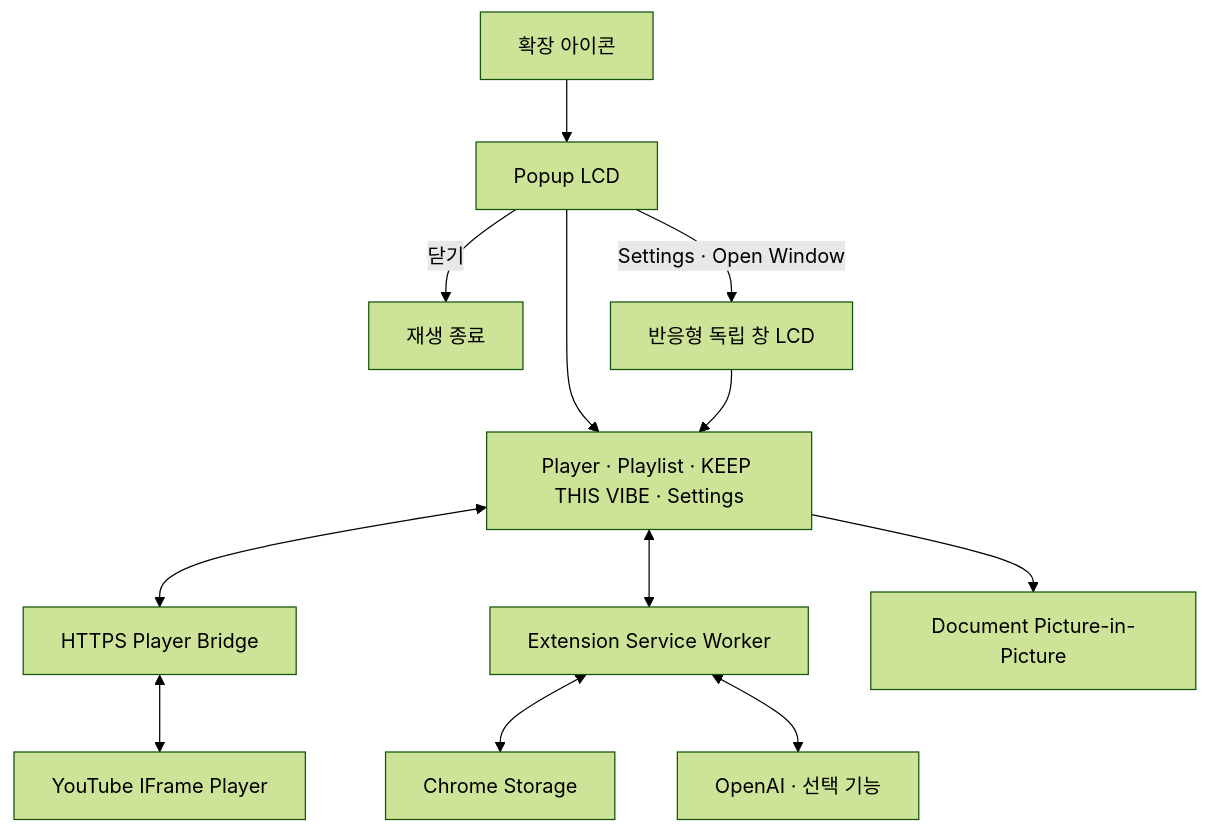
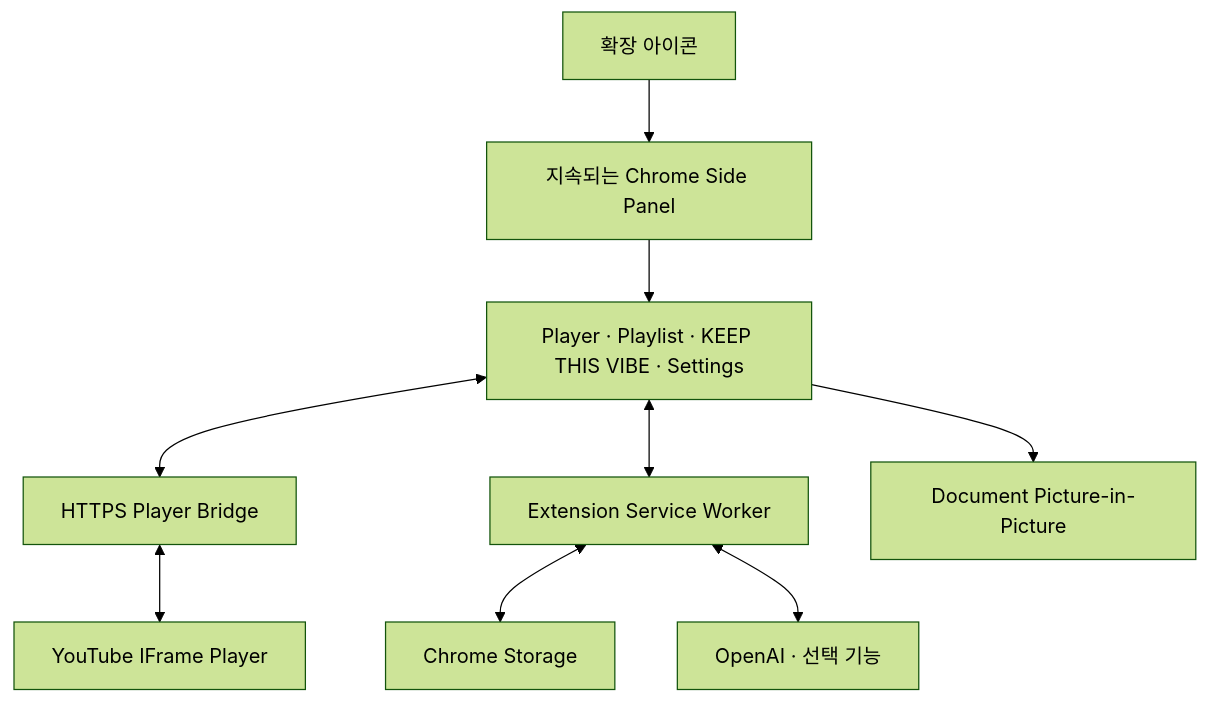
Before and after one commit to seoheejung/pixel-jukebox: the diagram in README.md, drawn with Mermaid (forest theme). The commit also changed other lines of this file and 30 other files, not shown here.

````diff
--- a/README.md
+++ b/README.md
@@ -100,14 +100,11 @@
 ```mermaid
 flowchart TD
-    Icon["확장 아이콘"] --> Popup["Popup LCD"]
-    Popup -->|닫기| Stop["재생 종료"]
-    Popup -->|Settings · Open Window| Window["반응형 독립 창 LCD"]
-    Popup --> UI["Player · Playlist · KEEP THIS VIBE · Settings"]
-    Window --> UI
+    Icon["확장 아이콘"] --> Panel["지속되는 Chrome Side Panel"]
+    Panel --> UI["Player · Playlist · KEEP THIS VIBE · Settings"]
     UI <--> Bridge["HTTPS Player Bridge"]
     Bridge <--> YouTube["YouTube IFrame Player"]
     UI <--> Worker["Extension Service Worker"]
     Worker <--> Storage["Chrome Storage"]
     Worker <--> OpenAI["OpenAI · 선택 기능"]
     UI --> PiP["Document Picture-in-Picture"]
 ```
````
